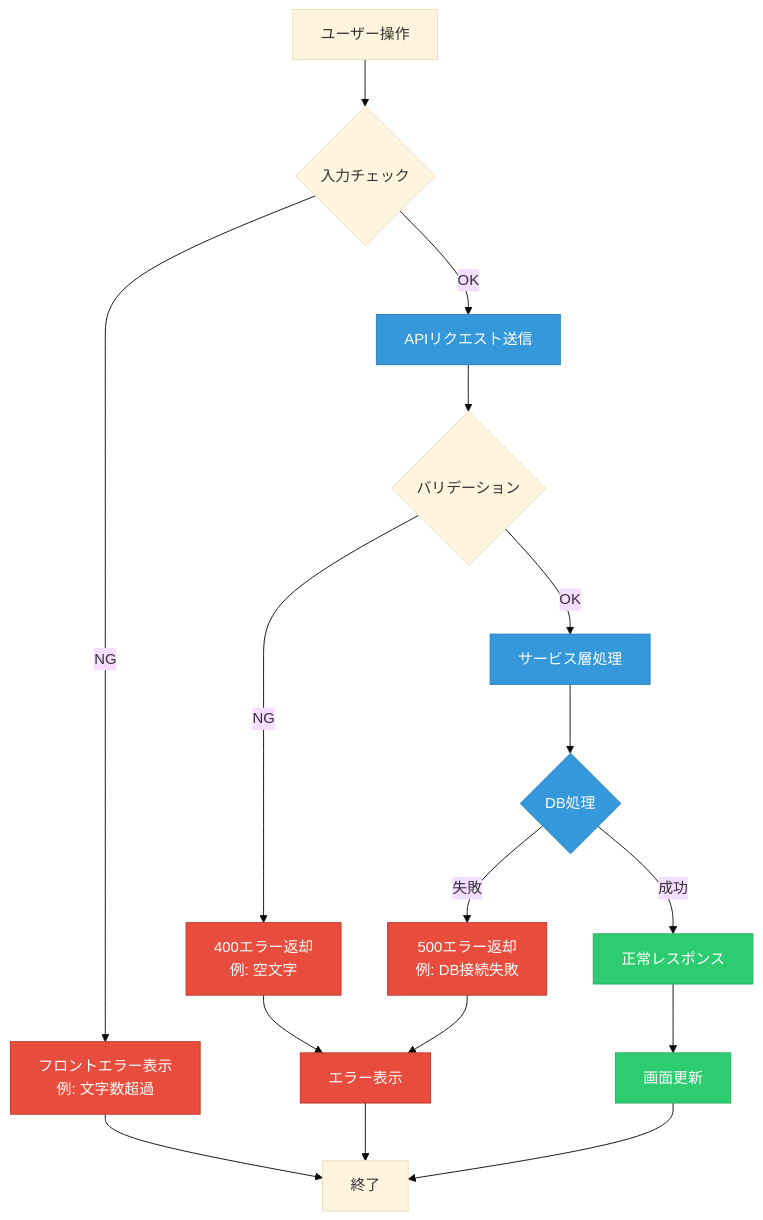
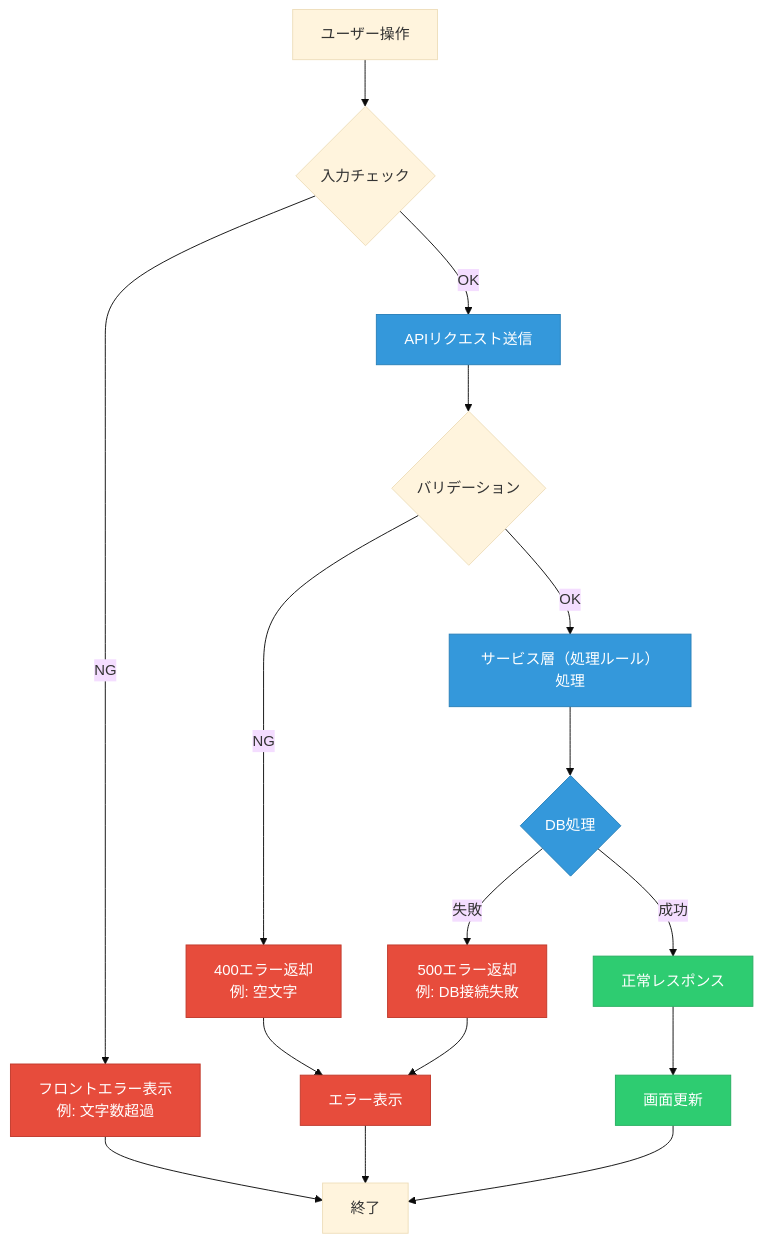
Before and after one commit to KITA-DS12/web-app-mvp: the seventh of 7 diagrams in lecture-materials.md, drawn with Mermaid (base theme). The commit also changed other lines of this file, not shown here.

````diff
--- a/lecture-materials.md
+++ b/lecture-materials.md
@@ -816,30 +822,30 @@
 ```mermaid
 flowchart TD
     Start[ユーザー操作] --> Input{入力チェック}
     
     Input -->|OK| API[APIリクエスト送信]
     Input -->|NG| FrontError[フロントエラー表示<br/>例: 文字数超過]
     
     API --> Valid{バリデーション}
-    Valid -->|OK| Service[サービス層処理]
+    Valid -->|OK| Service[サービス層（処理ルール）処理]
     Valid -->|NG| APIError[400エラー返却<br/>例: 空文字]
     
     Service --> DB{DB処理}
     DB -->|成功| Success[正常レスポンス]
     DB -->|失敗| DBError[500エラー返却<br/>例: DB接続失敗]
     
     Success --> Update[画面更新]
     FrontError --> End[終了]
     APIError --> ErrorDisplay[エラー表示]
     DBError --> ErrorDisplay
     ErrorDisplay --> End
     Update --> End
     
     classDef error fill:#e74c3c,stroke:#c0392b,color:#fff
     classDef success fill:#2ecc71,stroke:#27ae60,color:#fff
     classDef process fill:#3498db,stroke:#2980b9,color:#fff
     
     class FrontError,APIError,DBError,ErrorDisplay error
     class Success,Update success
     class API,Service,DB process
 ```
````
